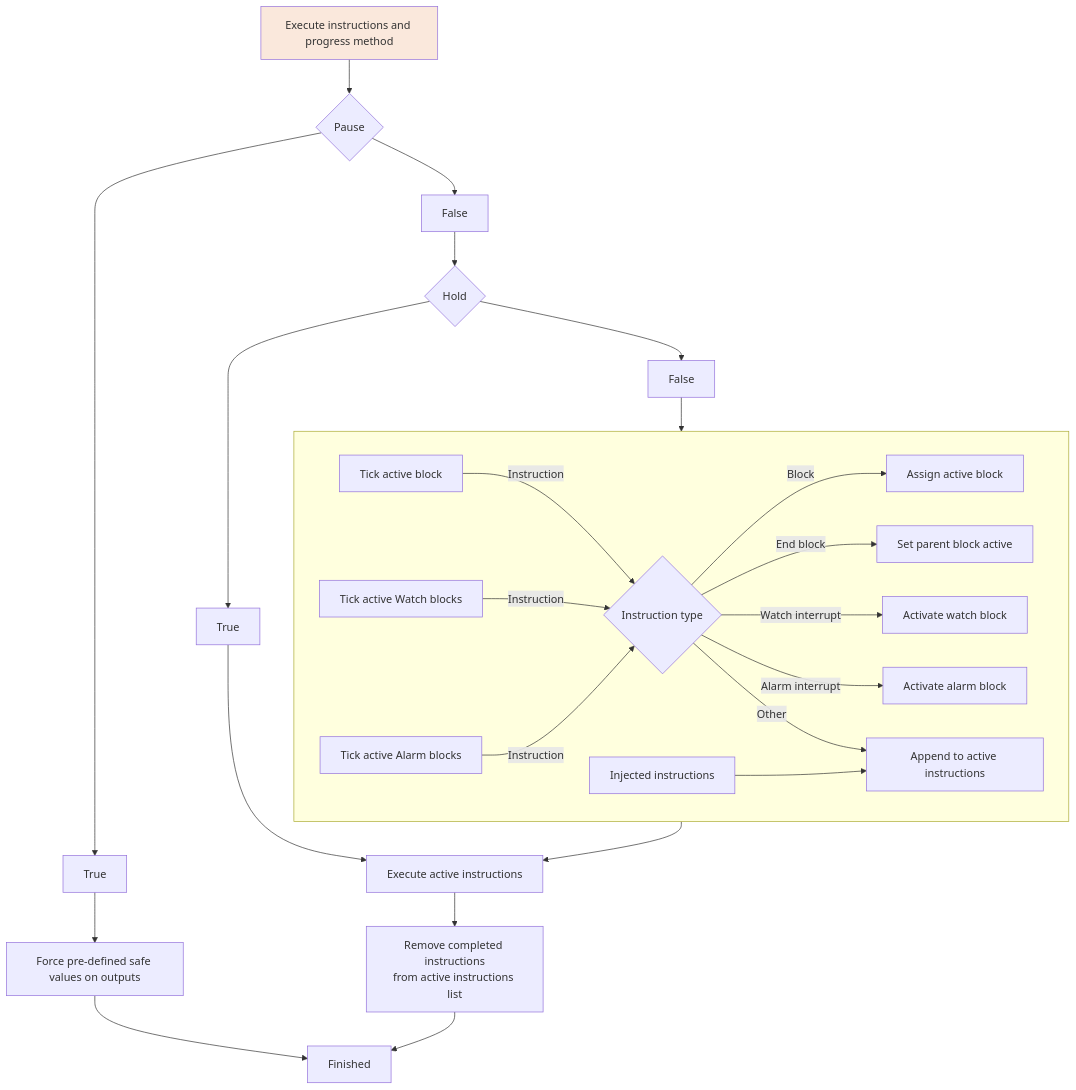
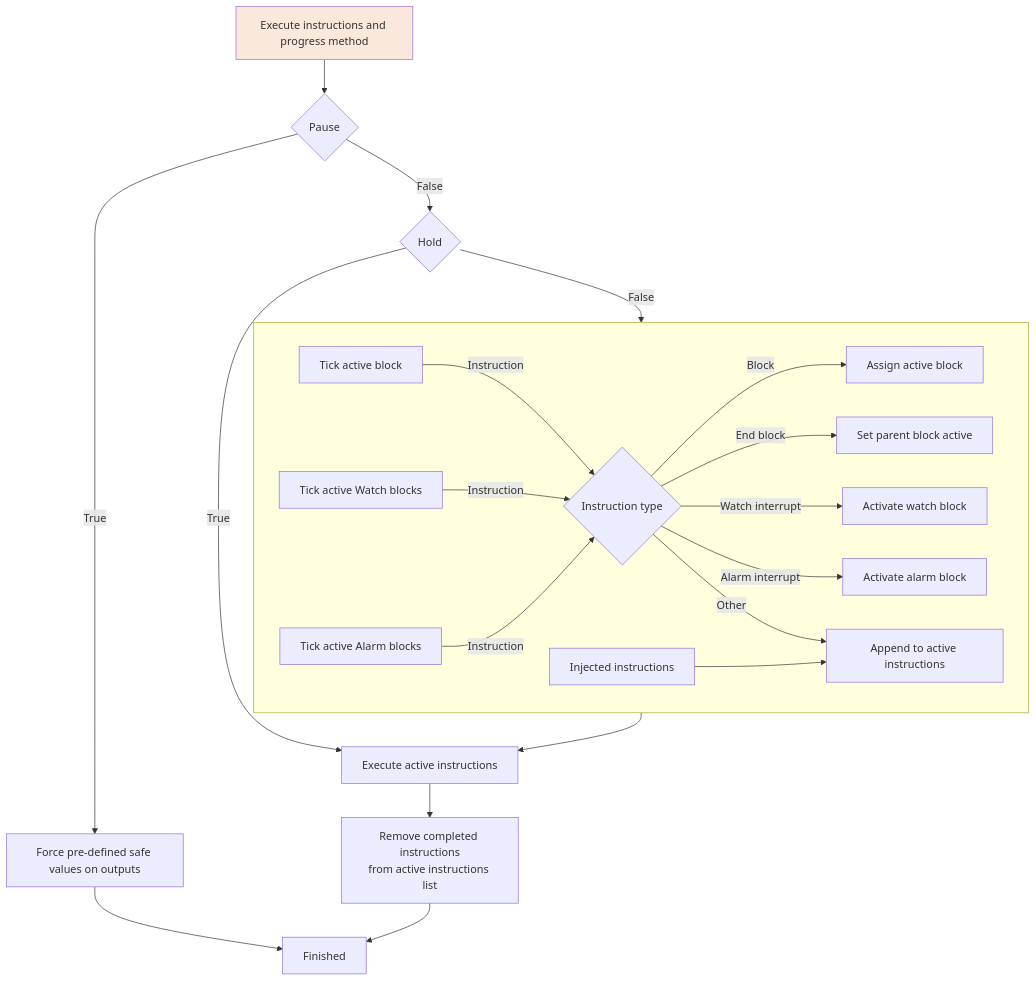
One commit to Open-Pectus/Open-Pectus changed the third of 3 diagrams in docs/index.rst. Above: the diagram before and after it, drawn with Mermaid.

Commit message:
Editorial change to engine scan cycle diagram.

```diff
--- a/docs/index.rst
+++ b/docs/index.rst
@@ -245,36 +245,32 @@
 .. mermaid::
     :caption: Execute instructions and progress method.
     :align: center
     
     flowchart TD
         %% Path when pause flag is set
         A[Execute instructions and progress method]
         --> B{Pause}
-        --> C[True]
-        --> D[Force pre-defined safe values on outputs]
+        -->|True| D[Force pre-defined safe values on outputs]
         --> E[Finished]
 
         %% Path when hold flag is set
         B
-        --> F[False]
-        --> G{Hold}
-        --> H[True]
-        --> V
+        -->|False| G{Hold}
+        -->|True| V
 
         %% Path when neither paused nor held
         G
-        --> J[False]
-        --> tickinstr
+        -->|False| tickinstr
         subgraph tickinstr[ ]
         R[Tick active block] -->|Instruction| U{Instruction type}
         S[Tick active Watch blocks] -->|Instruction| U
         T[Tick active Alarm blocks] -->|Instruction| U
             U -->|Block| N[Assign active block]
             U -->|End block| O[Set parent block active]
             U -->|Watch interrupt| P[Activate watch block]
             U -->|Alarm interrupt| Q[Activate alarm block]
             U -->|Other| X[Append to active instructions]
             Y[Injected instructions] --> X
         end
         tickinstr --> V[Execute active instructions] --> W[Remove completed instructions<br />from active instructions list] --> E
         style A fill:#fae8dc
```
